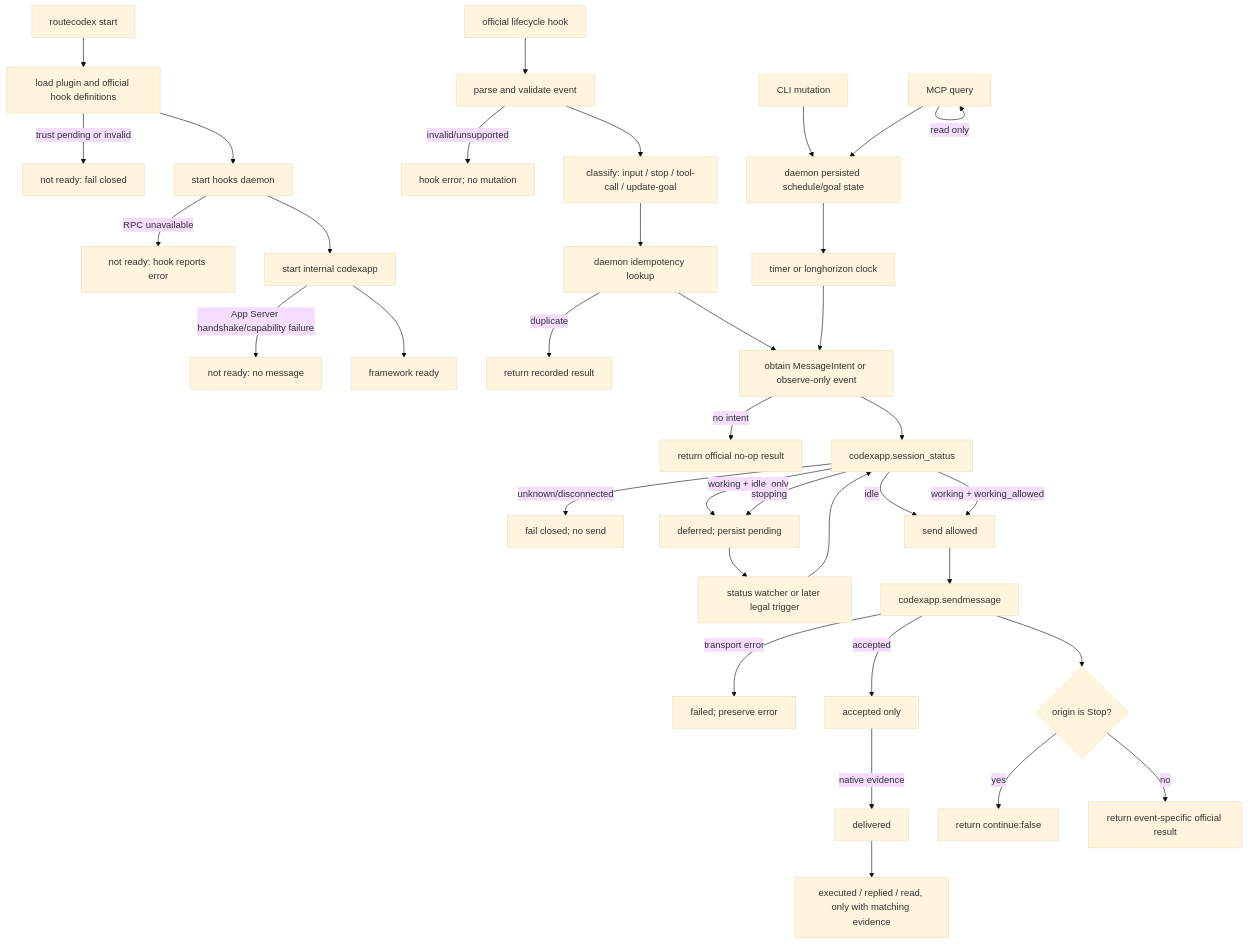
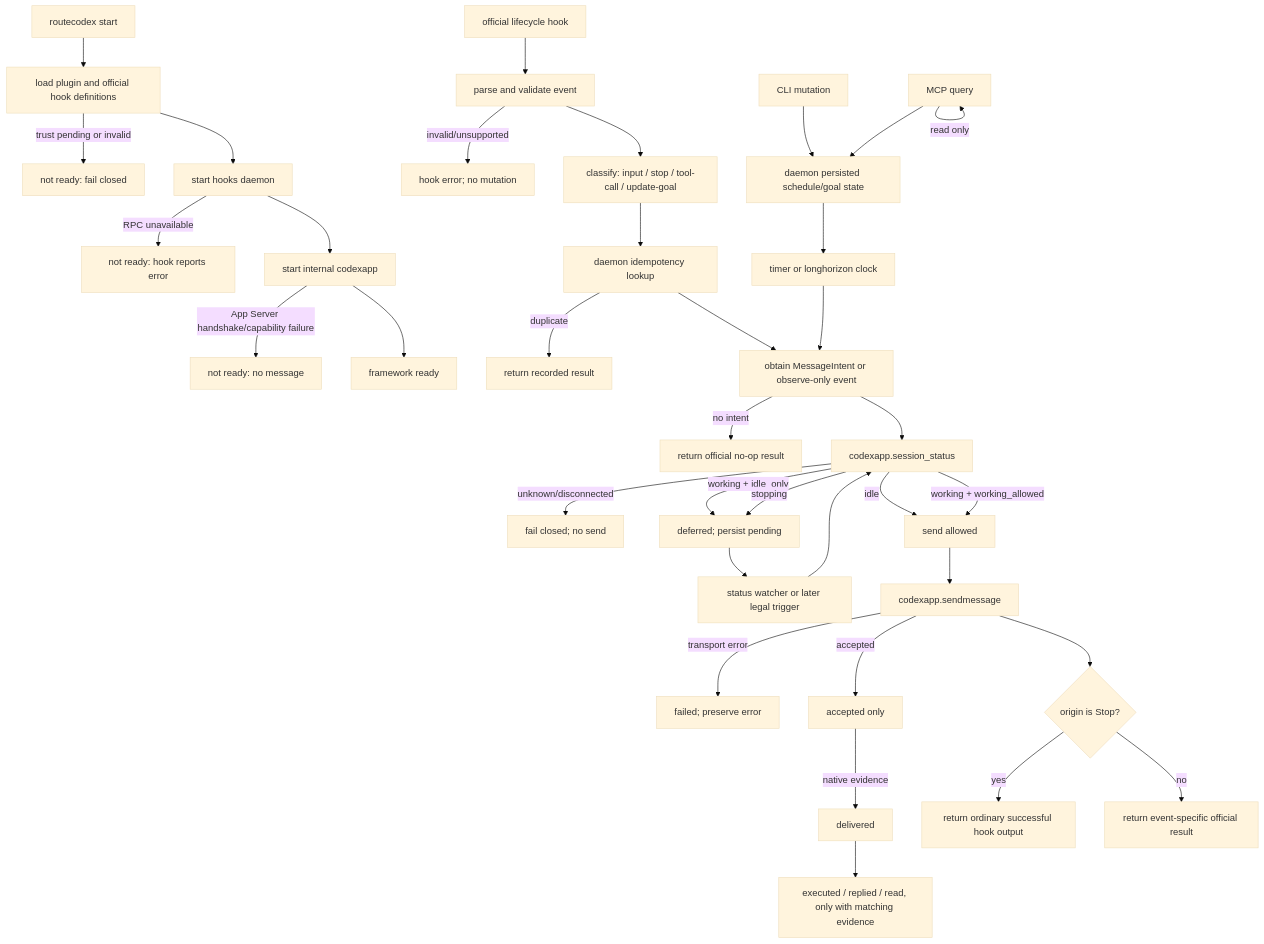
One commit to Jasonzhangf/codex-hooks changed the first of 2 diagrams in docs/framework-graph.md. Above: the diagram before and after it, drawn with Mermaid (base theme). The commit also changed other lines of this file and 7 other files, not shown here.

````diff
--- a/docs/framework-graph.md
+++ b/docs/framework-graph.md
@@ -27,40 +27,40 @@
 ```mermaid
 flowchart TD
   A[routecodex start] --> B[load plugin and official hook definitions]
   B -->|trust pending or invalid| X1[not ready: fail closed]
   B --> C[start hooks daemon]
   C -->|RPC unavailable| X2[not ready: hook reports error]
   C --> D[start internal codexapp]
   D -->|App Server handshake/capability failure| X3[not ready: no message]
   D --> E[framework ready]
 
   H[official lifecycle hook] --> I[parse and validate event]
   I -->|invalid/unsupported| X4[hook error; no mutation]
   I --> J[classify: input / stop / tool-call / update-goal]
   J --> K[daemon idempotency lookup]
   K -->|duplicate| R[return recorded result]
   K --> L[obtain MessageIntent or observe-only event]
   L -->|no intent| R2[return official no-op result]
   L --> M[codexapp.session_status]
   M -->|unknown/disconnected| X5[fail closed; no send]
   M -->|idle| N[send allowed]
   M -->|working + idle_only| O[deferred; persist pending]
   M -->|working + working_allowed| N
   M -->|stopping| O
   O --> P[status watcher or later legal trigger]
   P --> M
   N --> Q[codexapp.sendmessage]
   Q -->|transport error| X6[failed; preserve error]
   Q -->|accepted| S[accepted only]
   S -->|native evidence| T[delivered]
   T --> U[executed / replied / read, only with matching evidence]
   Q --> V{origin is Stop?}
-  V -->|yes| W[return continue:false]
+  V -->|yes| W[return ordinary successful hook output]
   V -->|no| Y[return event-specific official result]
 
   Z[timer or longhorizon clock] --> L
   Z2[CLI mutation] --> Z3[daemon persisted schedule/goal state]
   Z3 --> Z
   Z4[MCP query] --> Z3
   Z4 -->|read only| Z4
 ```
````
